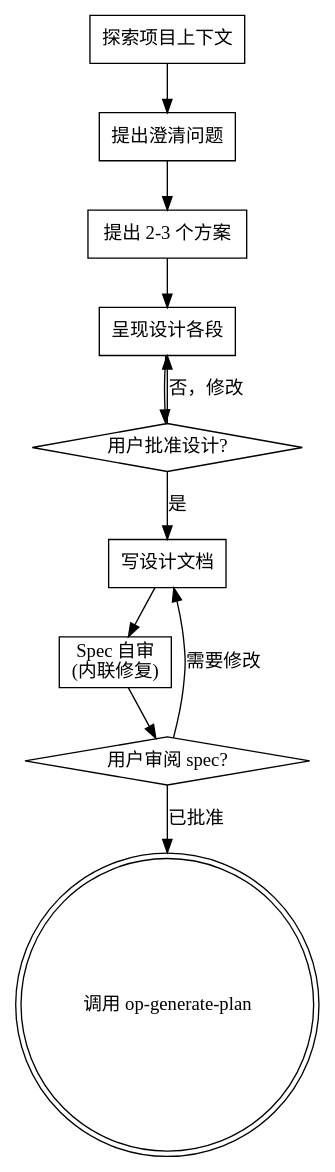
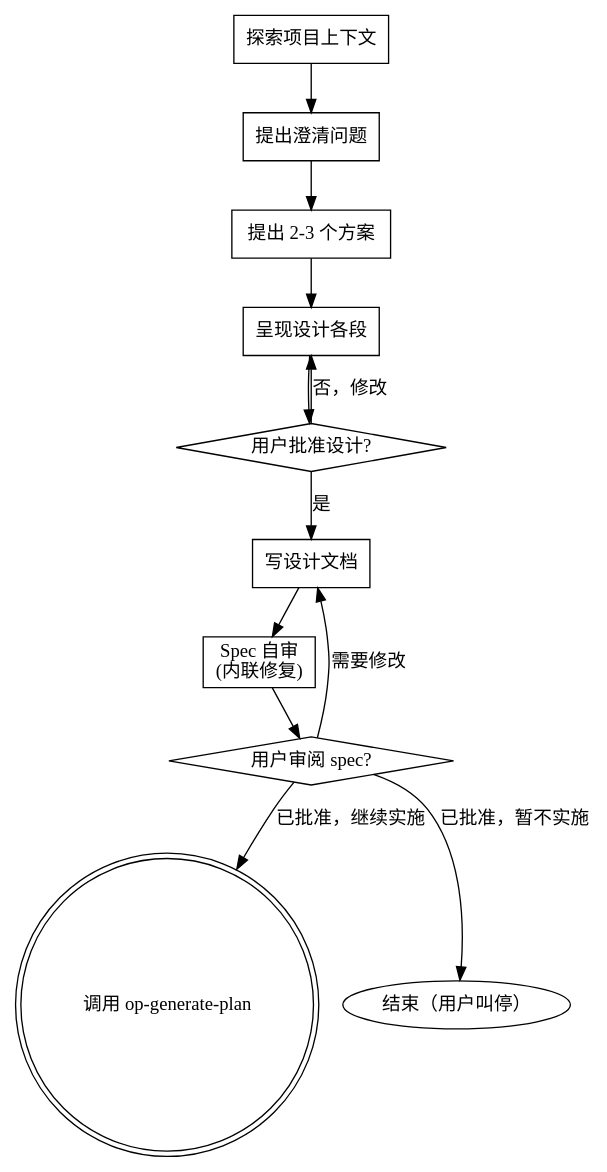
One commit to TuTouPower/omni_powers changed the diagram in skills/op-generate-spec/SKILL.md. Above: the diagram before and after it, drawn with Graphviz. The commit also changed other lines of this file, not shown here.

First line of the commit message:
feat(generate-spec): 支持用户审阅后暂停，不强制进plan

````diff
--- a/skills/op-generate-spec/SKILL.md
+++ b/skills/op-generate-spec/SKILL.md
@@ -59,24 +59,25 @@
 ```dot
 digraph brainstorming {
     "探索项目上下文" [shape=box];
     "提出澄清问题" [shape=box];
     "提出 2-3 个方案" [shape=box];
     "呈现设计各段" [shape=box];
     "用户批准设计?" [shape=diamond];
     "写设计文档" [shape=box];
     "Spec 自审\n(内联修复)" [shape=box];
     "用户审阅 spec?" [shape=diamond];
     "调用 op-generate-plan" [shape=doublecircle];
 
     "探索项目上下文" -> "提出澄清问题";
     "提出澄清问题" -> "提出 2-3 个方案";
     "提出 2-3 个方案" -> "呈现设计各段";
     "呈现设计各段" -> "用户批准设计?";
     "用户批准设计?" -> "呈现设计各段" [label="否，修改"];
     "用户批准设计?" -> "写设计文档" [label="是"];
     "写设计文档" -> "Spec 自审\n(内联修复)";
     "Spec 自审\n(内联修复)" -> "用户审阅 spec?";
     "用户审阅 spec?" -> "写设计文档" [label="需要修改"];
-    "用户审阅 spec?" -> "调用 op-generate-plan" [label="已批准"];
+    "用户审阅 spec?" -> "调用 op-generate-plan" [label="已批准，继续实施"];
+    "用户审阅 spec?" -> "结束（用户叫停）" [label="已批准，暂不实施"];
 }
 ```
````
